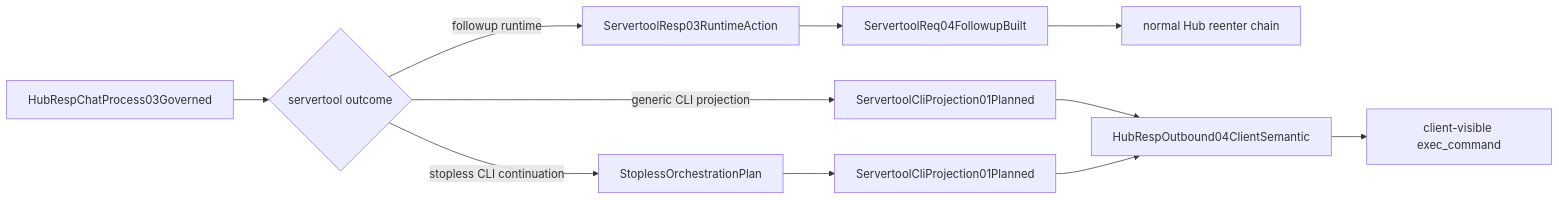
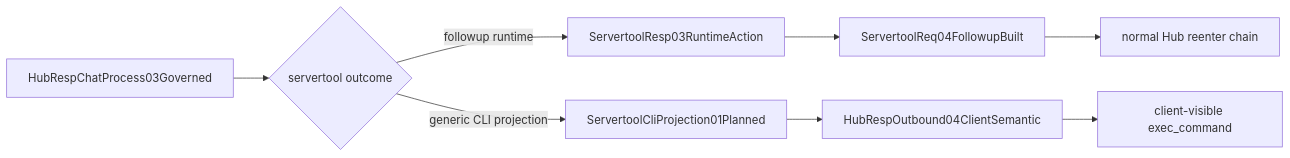
One commit to Jasonzhangf/routecodex changed the second of 2 diagrams in docs/architecture/wiki/servertool-followup-call-graph.md. Above: the diagram before and after it, drawn with Mermaid. The commit also changed other lines of this file and 330 other files, not shown here.

````diff
--- a/docs/architecture/wiki/servertool-followup-call-graph.md
+++ b/docs/architecture/wiki/servertool-followup-call-graph.md
@@ -71,15 +70,12 @@
 ```mermaid
 flowchart LR
   A["HubRespChatProcess03Governed"] --> B{"servertool outcome"}
   B -->|followup runtime| C["ServertoolResp03RuntimeAction"]
   C --> D["ServertoolReq04FollowupBuilt"]
   D --> E["normal Hub reenter chain"]
 
   B -->|generic CLI projection| F["ServertoolCliProjection01Planned"]
   F --> G["HubRespOutbound04ClientSemantic"]
   G --> H["client-visible exec_command"]
 
-  B -->|stopless CLI continuation| I["StoplessOrchestrationPlan"]
-  I --> J["ServertoolCliProjection01Planned"]
-  J --> G
 ```
````
